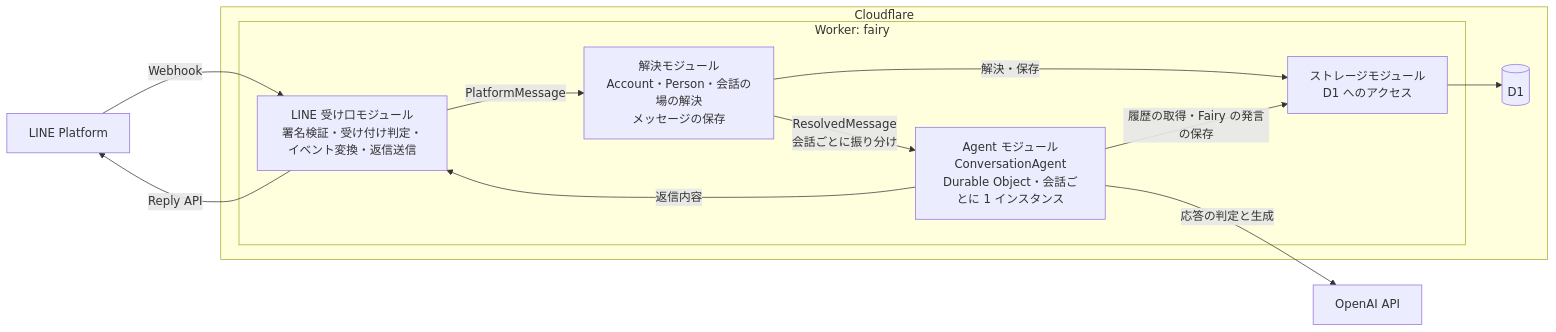
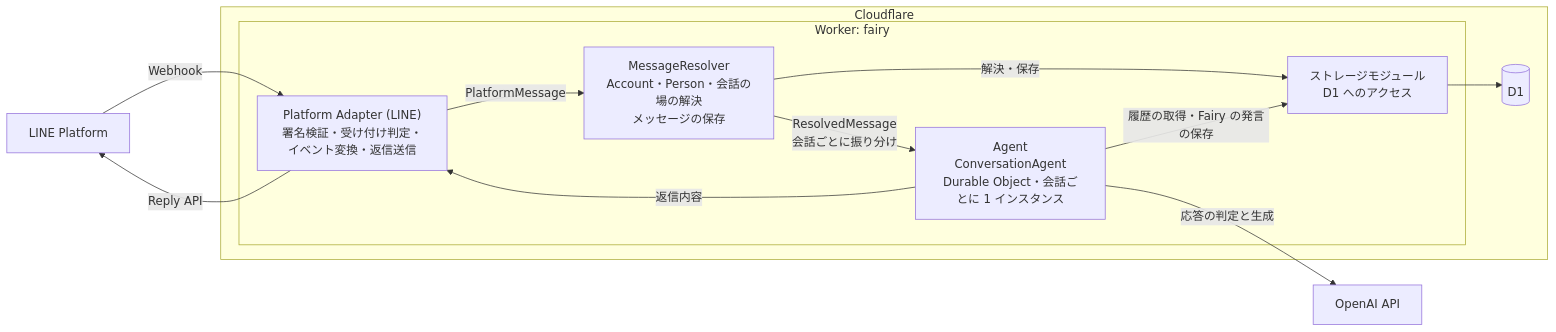
Before and after one commit to TatsuyaYamamoto/sicaco-quarter-third-street: the first of 2 diagrams in docs/phases/phase-1.md, drawn with Mermaid. The commit also changed other lines of this file and 3 other files, not shown here.

First line of the commit message:
Name layers Platform Adapter, MessageResolver and Agent

````diff
--- a/docs/phases/phase-1.md
+++ b/docs/phases/phase-1.md
@@ -43,24 +43,24 @@
 ```mermaid
 flowchart LR
     LINE[LINE Platform]
     subgraph CF[Cloudflare]
         subgraph W[Worker: fairy]
-            LM[LINE 受け口モジュール<br/>署名検証・受け付け判定・イベント変換・返信送信]
-            RS[解決モジュール<br/>Account・Person・会話の場の解決<br/>メッセージの保存]
-            AG[Agent モジュール<br/>ConversationAgent<br/>Durable Object・会話ごとに 1 インスタンス]
+            LM["Platform Adapter (LINE)<br/>署名検証・受け付け判定・イベント変換・返信送信"]
+            RS[MessageResolver<br/>Account・Person・会話の場の解決<br/>メッセージの保存]
+            AG[Agent<br/>ConversationAgent<br/>Durable Object・会話ごとに 1 インスタンス]
             ST[ストレージモジュール<br/>D1 へのアクセス]
         end
         D1[(D1)]
     end
     OAI[OpenAI API]
 
     LINE -- Webhook --> LM
     LM -- PlatformMessage --> RS
     RS -- 解決・保存 --> ST
     RS -- ResolvedMessage<br/>会話ごとに振り分け --> AG
     AG -- 履歴の取得・Fairy の発言の保存 --> ST
     ST --> D1
     AG -- 応答の判定と生成 --> OAI
     AG -- 返信内容 --> LM
     LM -- Reply API --> LINE
 ```
````
